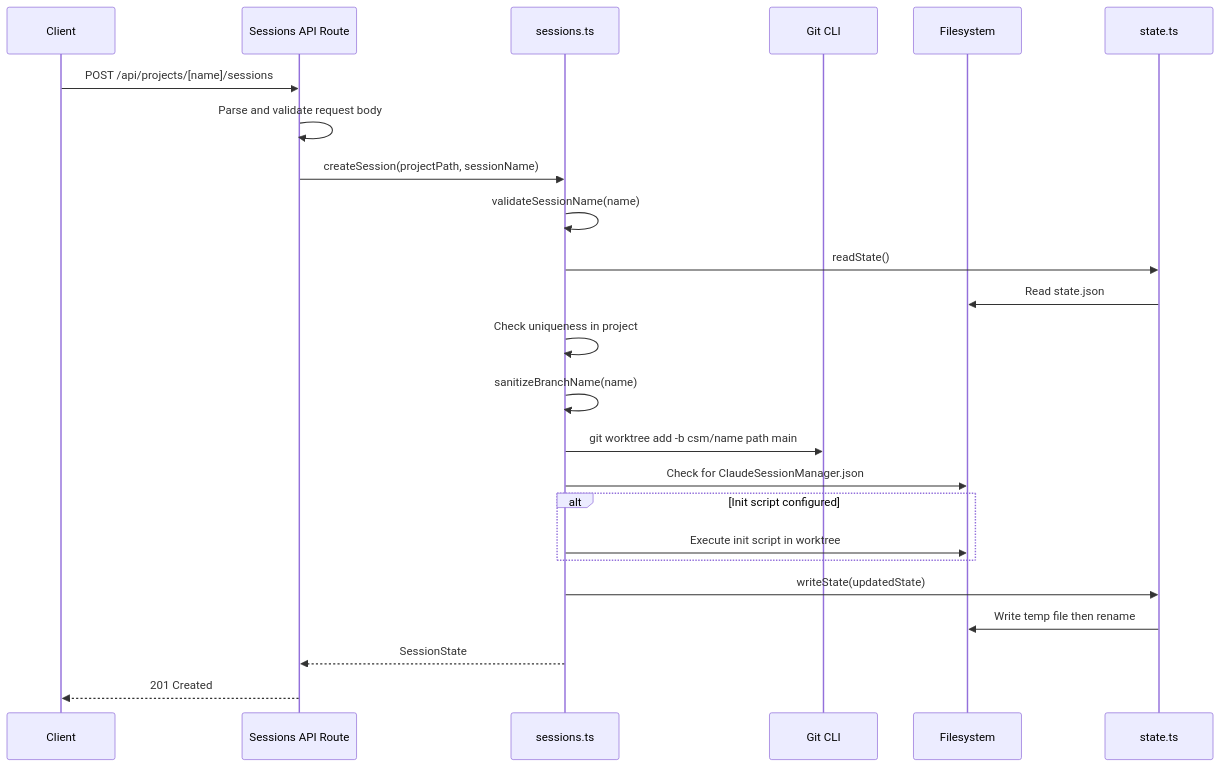
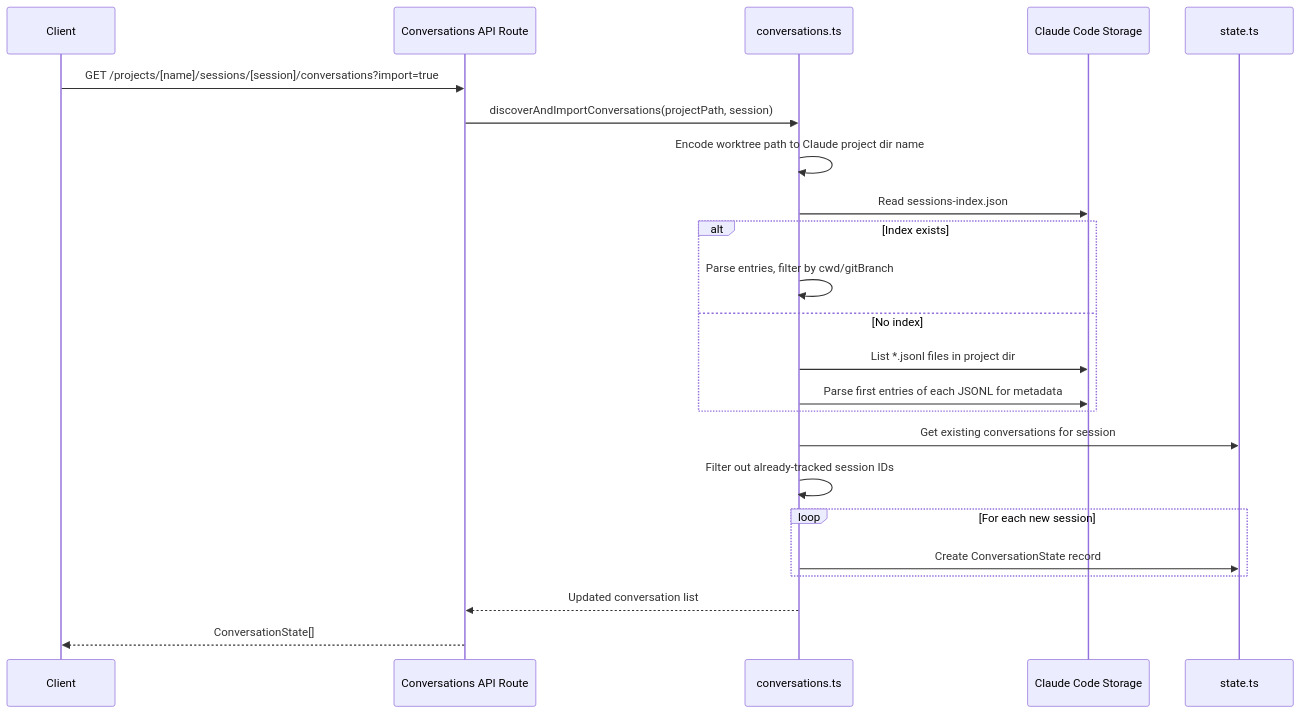
The third of 5 diagrams in .kiro/specs/session-lifecycle/design.md (amhuppert/remote-ai-manager), drawn with Mermaid before and after one commit. The commit also changed other lines of this file and 38 other files, not shown here.

Commit message:
Multi conversation sessions

````diff
--- a/.kiro/specs/session-lifecycle/design.md
+++ b/.kiro/specs/session-lifecycle/design.md
@@ -98,27 +153,26 @@
 ```mermaid
 sequenceDiagram
     participant Client
-    participant API as Sessions API Route
-    participant SM as sessions.ts
-    participant Git as Git CLI
-    participant FS as Filesystem
+    participant API as Conversations API Route
+    participant C as conversations.ts
+    participant FS as Claude Code Storage
     participant State as state.ts
 
-    Client->>API: POST /api/projects/[name]/sessions
-    API->>API: Parse and validate request body
-    API->>SM: createSession(projectPath, sessionName)
-    SM->>SM: validateSessionName(name)
-    SM->>State: readState()
-    State->>FS: Read state.json
-    SM->>SM: Check uniqueness in project
-    SM->>SM: sanitizeBranchName(name)
-    SM->>Git: git worktree add -b csm/name path main
-    SM->>FS: Check for ClaudeSessionManager.json
-    alt Init script configured
-        SM->>FS: Execute init script in worktree
+    Client->>API: GET /projects/[name]/sessions/[session]/conversations?import=true
+    API->>C: discoverAndImportConversations(projectPath, session)
+    C->>C: Encode worktree path to Claude project dir name
+    C->>FS: Read sessions-index.json
+    alt Index exists
+        C->>C: Parse entries, filter by cwd/gitBranch
+    else No index
+        C->>FS: List *.jsonl files in project dir
+        C->>FS: Parse first entries of each JSONL for metadata
     end
-    SM->>State: writeState(updatedState)
-    State->>FS: Write temp file then rename
-    SM-->>API: SessionState
-    API-->>Client: 201 Created
+    C->>State: Get existing conversations for session
+    C->>C: Filter out already-tracked session IDs
+    loop For each new session
+        C->>State: Create ConversationState record
+    end
+    C-->>API: Updated conversation list
+    API-->>Client: ConversationState[]
 ```
````
